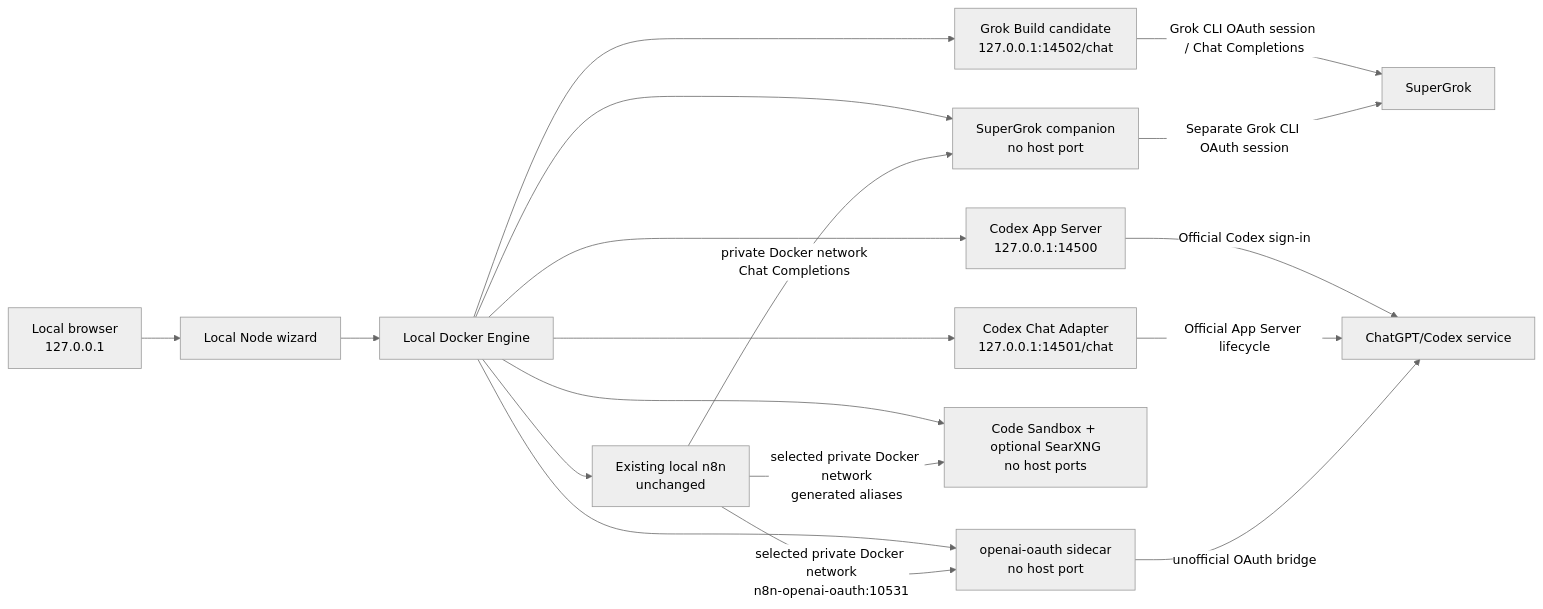
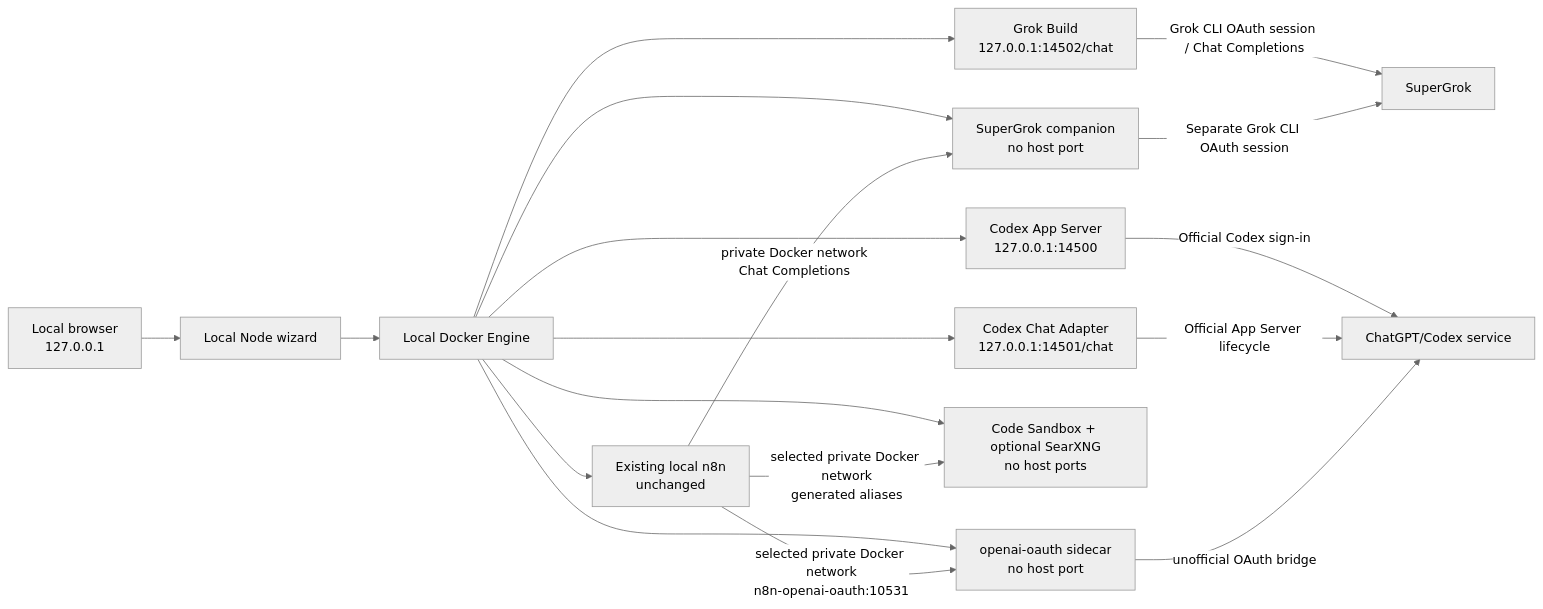
Before and after one commit to Demonbane18/relmio: the second of 2 diagrams in docs/architecture.md, drawn with Mermaid (neutral theme). The commit also changed other lines of this file and 39 other files, not shown here.

````diff
--- a/docs/architecture.md
+++ b/docs/architecture.md
@@ -27,20 +32,20 @@
 ```mermaid
 flowchart LR
   B["Local browser<br>127.0.0.1"] --> W["Local Node wizard"]
   W --> D["Local Docker Engine"]
-  D --> G["Grok Build candidate<br>127.0.0.1:14502/chat"]
+  D --> G["Grok Build<br>127.0.0.1:14502/chat"]
   D --> A["Codex App Server<br>127.0.0.1:14500"]
   D --> H["Codex Chat Adapter<br>127.0.0.1:14501/chat"]
   D --> N["Existing local n8n<br>unchanged"]
   D --> S["openai-oauth sidecar<br>no host port"]
   D --> X["Code Sandbox + optional SearXNG<br>no host ports"]
   N -->|"selected private Docker network<br>n8n-openai-oauth:10531"| S
   N -->|"selected private Docker network<br>generated aliases"| X
   D --> Q["SuperGrok companion<br>no host port"]
   N -->|"private Docker network<br>Chat Completions"| Q
   G -->|"Grok CLI OAuth session / Chat Completions"| P["SuperGrok"]
   Q -->|"Separate Grok CLI OAuth session"| P
   A -->|"Official Codex sign-in"| C["ChatGPT/Codex service"]
   H -->|"Official App Server lifecycle"| C
   S -->|"unofficial OAuth bridge"| C
 ```
````
